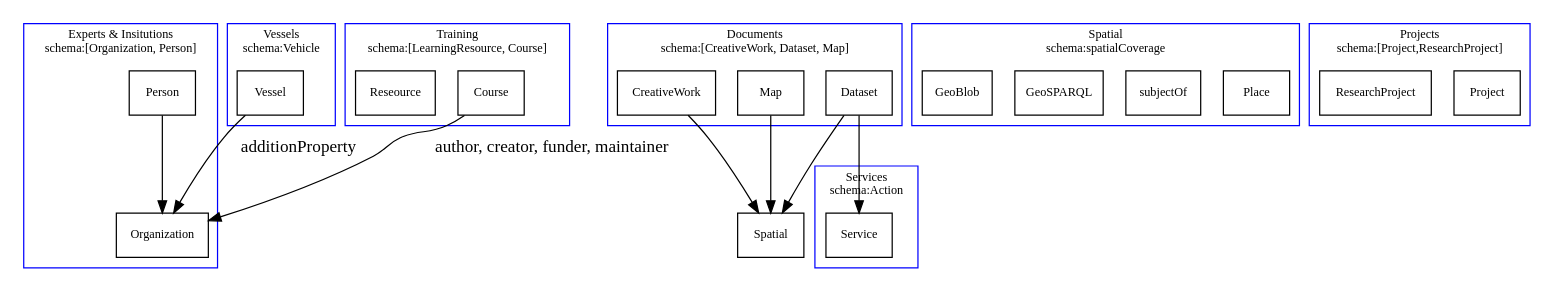
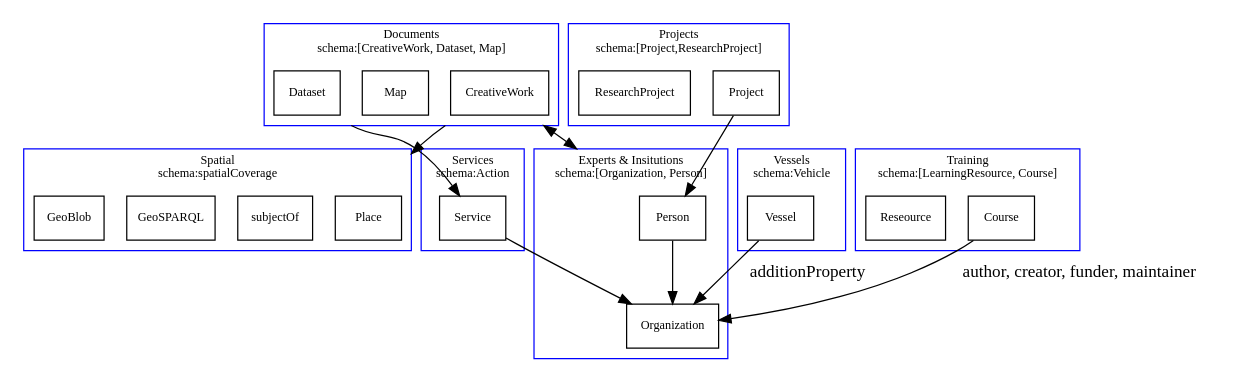
One commit to iodepo/odis-arch changed the diagram in schema/docs/overviewv2.dot. Above: the diagram before and after it, drawn with Graphviz. The commit also changed 4 other files, not shown here.

```diff
--- a/schema/docs/overviewv2.dot
+++ b/schema/docs/overviewv2.dot
@@ -1,68 +1,77 @@
 digraph G {
 
   graph [fontsize=10 fontname="Verdana" compound=true];
   node [shape=record fontsize=10 fontname="Verdana"];
 
   subgraph clusterOrg {
     label = "Experts & Insitutions\nschema:[Organization, Person]";
     color=blue;
     Person;
     Organization;
    }
 
   subgraph clusterServices {
     label = "Services\nschema:Action";
     color=blue;
     Service;
   } 
 
   subgraph clusterSpatial {
     label = "Spatial\nschema:spatialCoverage";
     color=blue;
     Place;
     subjectOf;
     GeoSPARQL;
     GeoBlob;
   }
 
   subgraph clusterProj {
     label = "Projects\nschema:[Project,ResearchProject]";
     color=blue;
     Project;
     ResearchProject;
   }
 
   subgraph clusterVessel {
     label = "Vessels\nschema:Vehicle";
     color=blue;
     Vessel;
-
   }
 
   subgraph clusterTraining {
     label = "Training\nschema:[LearningResource, Course]";
     color=blue;
     Course;
     Reseource;
   }
 
   subgraph clusterDoc {
     label = "Documents\nschema:[CreativeWork, Dataset, Map]";
     color=blue;
     CreativeWork;
     Map;
     Dataset;
   }
 
-  CreativeWork -> Spatial [lhead=clusterSpatial]
-  Map -> Spatial [lhead=clusterSpatial]
-  Dataset -> Spatial [lhead=clusterSpatial]
 
-  Dataset -> Service  
- 
+// Express all creative works express spatial
+  CreativeWork -> Place [lhead=clusterSpatial ltail=clusterDoc]
+  // Map -> Place [lhead=clusterSpatial]
+  // Dataset -> Place [lhead=clusterSpatial]
+
+  Dataset -> Service   [ltail=clusterDoc];
+  Project -> Person  
+  Service -> Organization
+
+// Express all creative works express connection to people or organizations
+  CreativeWork -> Person [ltail=clusterDoc lhead=clusterOrg  dir="both"];
+
+  // Person, Organization, Project -> CreativeWork
+  // Person, Organization, Project -> Service
+
   Vessel -> Organization [label="additionProperty"]
   Person -> Organization
   Course -> Organization [label="author, creator, funder, maintainer"]
 
 
 }
```
